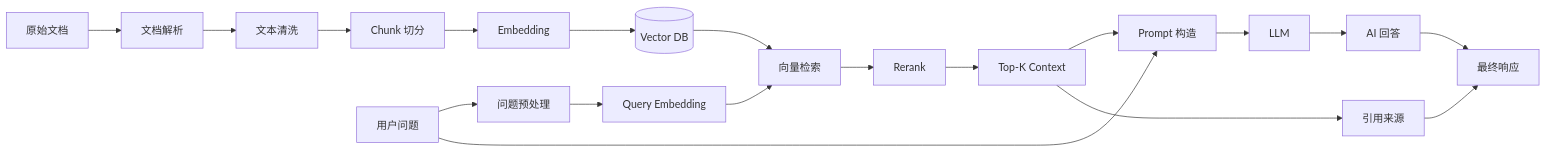
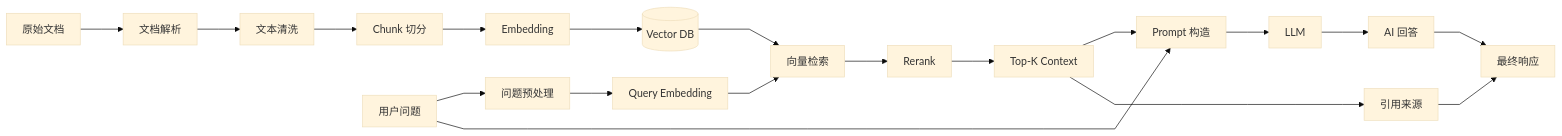
One commit to YJsnz/Agent changed the tenth of 22 diagrams in readme.md. Above: the diagram before and after it, drawn with Mermaid. The commit also changed other lines of this file, not shown here.

````diff
--- a/readme.md
+++ b/readme.md
@@ -814,23 +843,24 @@
 ```mermaid
+%%{init: {"theme":"base","themeVariables":{"fontFamily":"Microsoft YaHei, Arial, sans-serif"},"flowchart":{"curve":"linear","nodeSpacing":40,"rankSpacing":65,"padding":12,"useMaxWidth":false}}}%%
 flowchart LR
     DOC["原始文档"] --> PARSE["文档解析"]
     PARSE --> CLEAN["文本清洗"]
     CLEAN --> CHUNK["Chunk 切分"]
     CHUNK --> EMB1["Embedding"]
     EMB1 --> VDB[("Vector DB")]
 
     Q["用户问题"] --> PRE["问题预处理"]
     PRE --> EMB2["Query Embedding"]
     EMB2 --> RET["向量检索"]
 
     VDB --> RET
     RET --> RR["Rerank"]
     RR --> CTX["Top-K Context"]
     CTX --> PROMPT["Prompt 构造"]
     Q --> PROMPT
     PROMPT --> LLM["LLM"]
     LLM --> ANS["AI 回答"]
     CTX --> CITE["引用来源"]
     ANS --> OUT["最终响应"]
     CITE --> OUT
 ```
````
